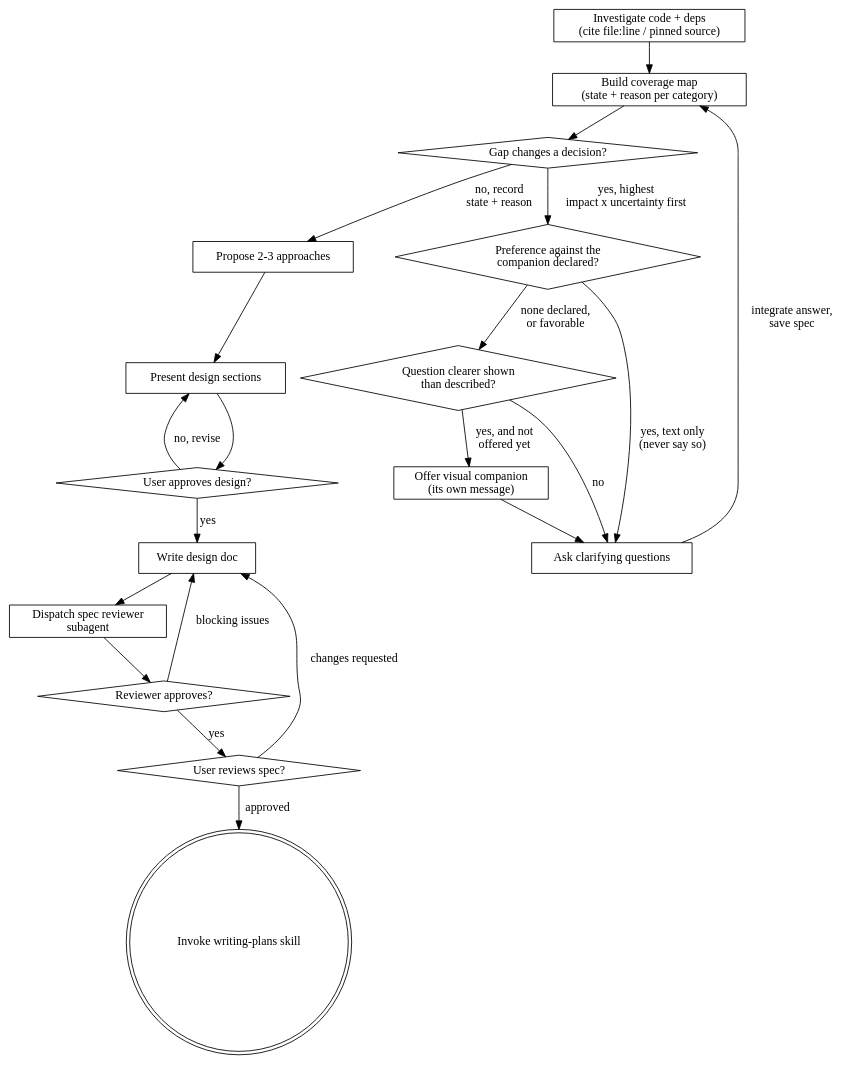
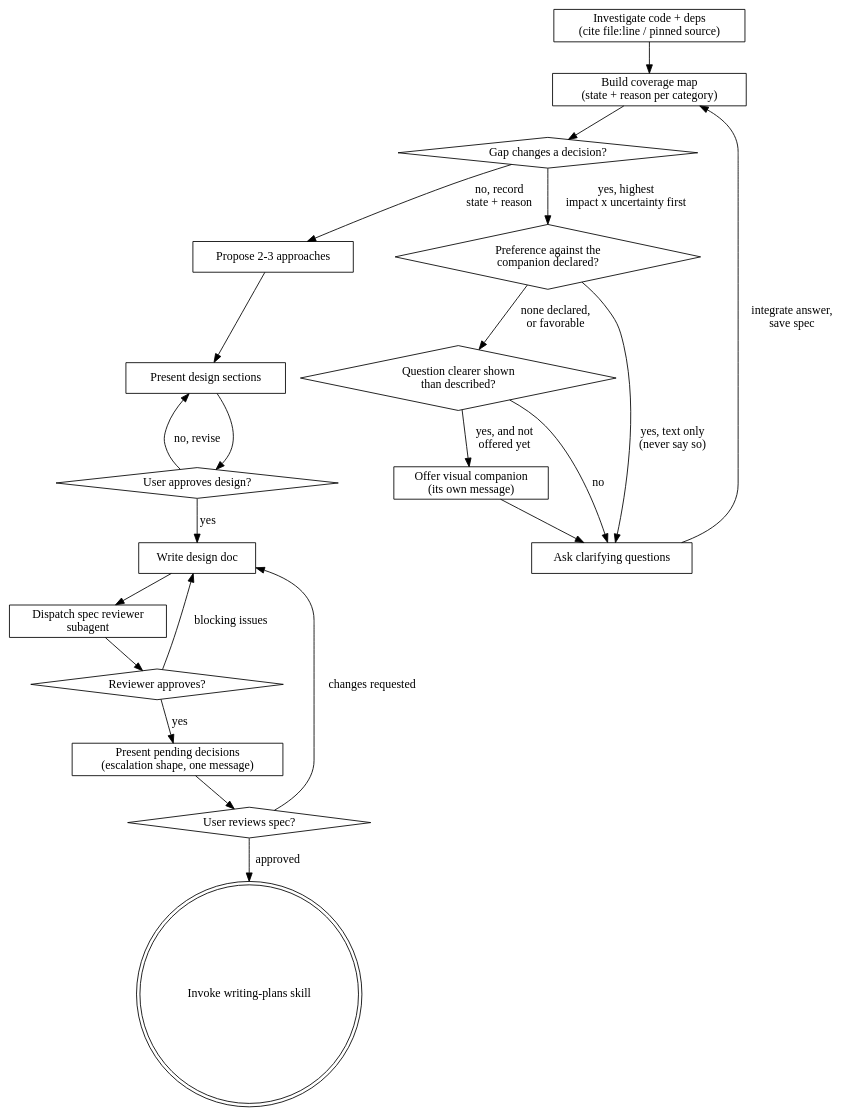
The diagram in skills/brainstorming/SKILL.md (rodrigopaitach/superpowersplus), drawn with Graphviz before and after one commit. The commit also changed other lines of this file and 1 other file, not shown here.

````diff
--- a/skills/brainstorming/SKILL.md
+++ b/skills/brainstorming/SKILL.md
@@ -41,40 +41,42 @@
 ```dot
 digraph brainstorming {
     "Investigate code + deps\n(cite file:line / pinned source)" [shape=box];
     "Build coverage map\n(state + reason per category)" [shape=box];
     "Gap changes a decision?" [shape=diamond];
     "Preference against the\ncompanion declared?" [shape=diamond];
     "Question clearer shown\nthan described?" [shape=diamond];
     "Offer visual companion\n(its own message)" [shape=box];
     "Ask clarifying questions" [shape=box];
     "Propose 2-3 approaches" [shape=box];
     "Present design sections" [shape=box];
     "User approves design?" [shape=diamond];
     "Write design doc" [shape=box];
     "Dispatch spec reviewer\nsubagent" [shape=box];
     "Reviewer approves?" [shape=diamond];
+    "Present pending decisions\n(escalation shape, one message)" [shape=box];
     "User reviews spec?" [shape=diamond];
     "Invoke writing-plans skill" [shape=doublecircle];
 
     "Investigate code + deps\n(cite file:line / pinned source)" -> "Build coverage map\n(state + reason per category)";
     "Build coverage map\n(state + reason per category)" -> "Gap changes a decision?";
     "Gap changes a decision?" -> "Preference against the\ncompanion declared?" [label="yes, highest\nimpact x uncertainty first"];
     "Preference against the\ncompanion declared?" -> "Ask clarifying questions" [label="yes, text only\n(never say so)"];
     "Preference against the\ncompanion declared?" -> "Question clearer shown\nthan described?" [label="none declared,\nor favorable"];
     "Question clearer shown\nthan described?" -> "Offer visual companion\n(its own message)" [label="yes, and not\noffered yet"];
     "Question clearer shown\nthan described?" -> "Ask clarifying questions" [label="no"];
     "Offer visual companion\n(its own message)" -> "Ask clarifying questions";
     "Gap changes a decision?" -> "Propose 2-3 approaches" [label="no, record\nstate + reason"];
     "Ask clarifying questions" -> "Build coverage map\n(state + reason per category)" [label="integrate answer,\nsave spec"];
     "Propose 2-3 approaches" -> "Present design sections";
     "Present design sections" -> "User approves design?";
     "User approves design?" -> "Present design sections" [label="no, revise"];
     "User approves design?" -> "Write design doc" [label="yes"];
     "Write design doc" -> "Dispatch spec reviewer\nsubagent";
     "Dispatch spec reviewer\nsubagent" -> "Reviewer approves?";
     "Reviewer approves?" -> "Write design doc" [label="blocking issues"];
-    "Reviewer approves?" -> "User reviews spec?" [label="yes"];
+    "Reviewer approves?" -> "Present pending decisions\n(escalation shape, one message)" [label="yes"];
+    "Present pending decisions\n(escalation shape, one message)" -> "User reviews spec?";
     "User reviews spec?" -> "Write design doc" [label="changes requested"];
     "User reviews spec?" -> "Invoke writing-plans skill" [label="approved"];
 }
 ```
````
